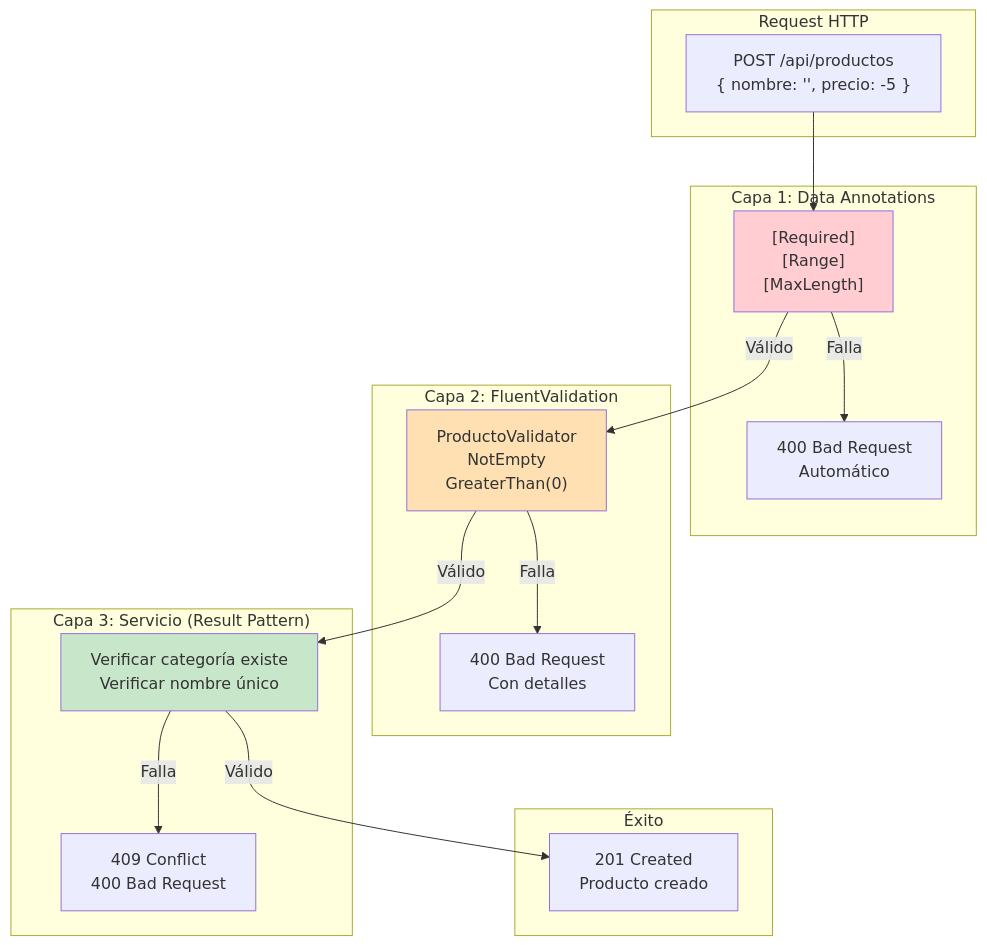
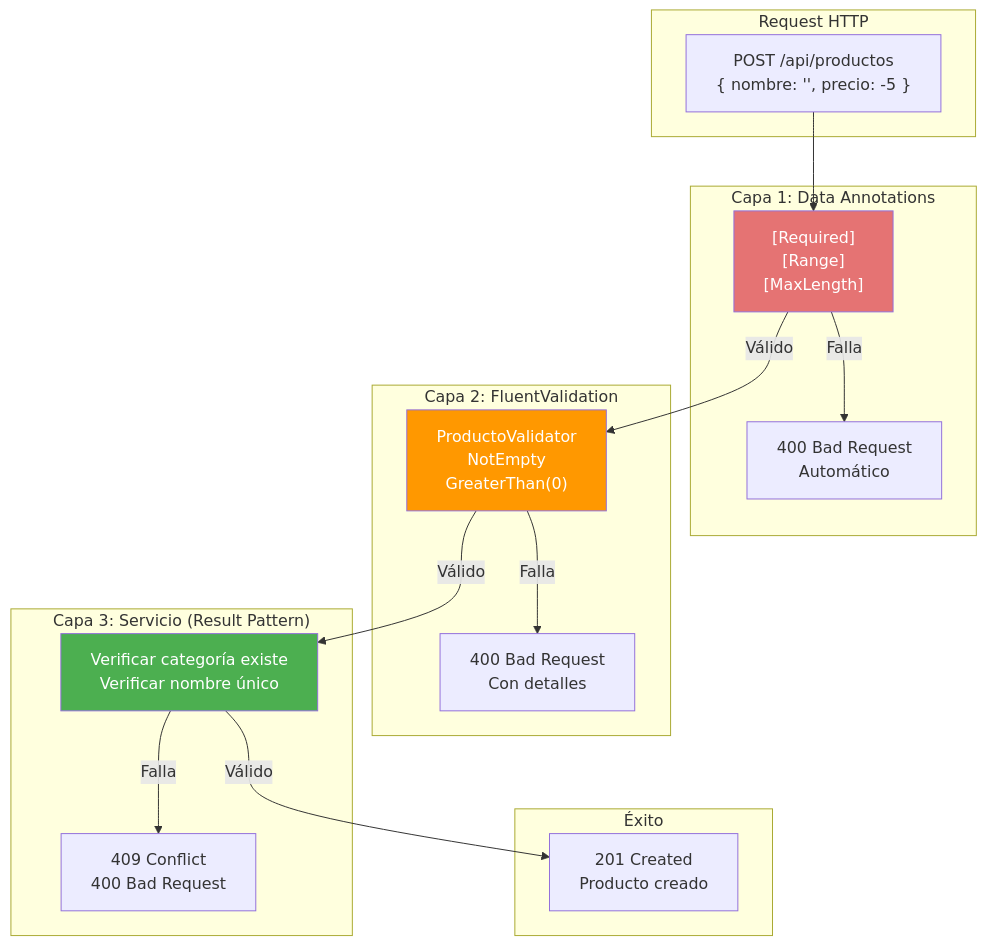
The first of 3 diagrams in doc/05-validacion-cascada.md (joseluisgs/TiendaDawApi-NetCore), drawn with Mermaid before and after one commit. The commit also changed 6 other files, not shown here.

Commit message:
docs: Corregir colores de diagramas Mermaid y comentarios en Program.cs

````diff
--- a/doc/05-validacion-cascada.md
+++ b/doc/05-validacion-cascada.md
@@ -24,34 +24,34 @@
 ```mermaid
 flowchart TB
     subgraph "Request HTTP"
         REQ["POST /api/productos<br/>{ nombre: '', precio: -5 }"]
     end
     
     subgraph "Capa 1: Data Annotations"
         DA["[Required]<br/>[Range]<br/>[MaxLength]"]
         DA -->|Falla| DA_ERR["400 Bad Request<br/>Automático"]
     end
     
     subgraph "Capa 2: FluentValidation"
         FV["ProductoValidator<br/>NotEmpty<br/>GreaterThan(0)"]
         FV -->|Falla| FV_ERR["400 Bad Request<br/>Con detalles"]
     end
     
     subgraph "Capa 3: Servicio (Result Pattern)"
         SVC["Verificar categoría existe<br/>Verificar nombre único"]
         SVC -->|Falla| SVC_ERR["409 Conflict<br/>400 Bad Request"]
     end
     
     subgraph "Éxito"
         SUCCESS["201 Created<br/>Producto creado"]
     end
     
     REQ --> DA
     DA -->|Válido| FV
     FV -->|Válido| SVC
     SVC -->|Válido| SUCCESS
     
-    style DA fill:#FFCDD2
-    style FV fill:#FFE0B2
-    style SVC fill:#C8E6C9
+    style DA fill:#E57373,color:#ffffff
+    style FV fill:#FF9800,color:#ffffff
+    style SVC fill:#4CAF50,color:#ffffff
 ```
````
